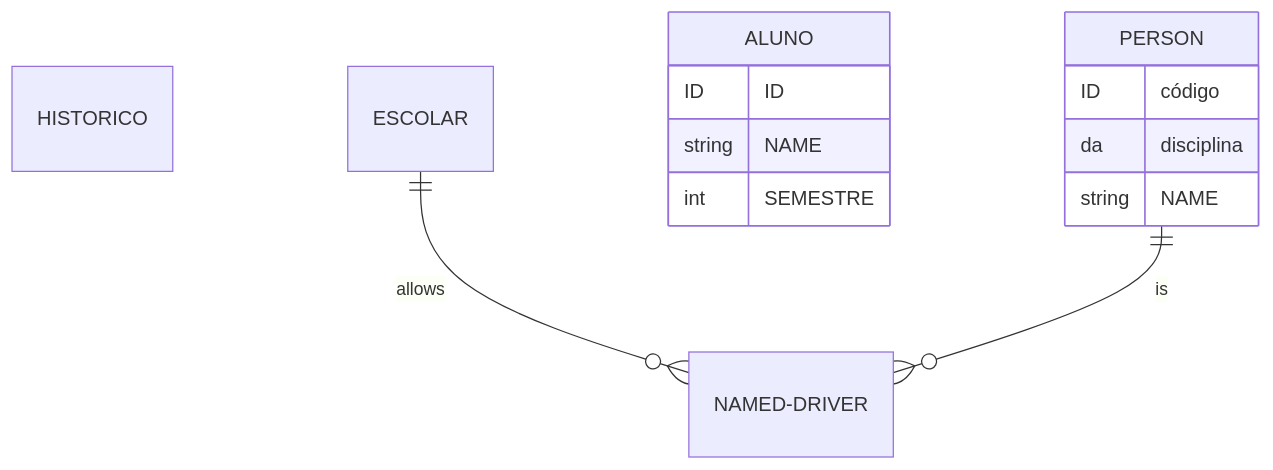
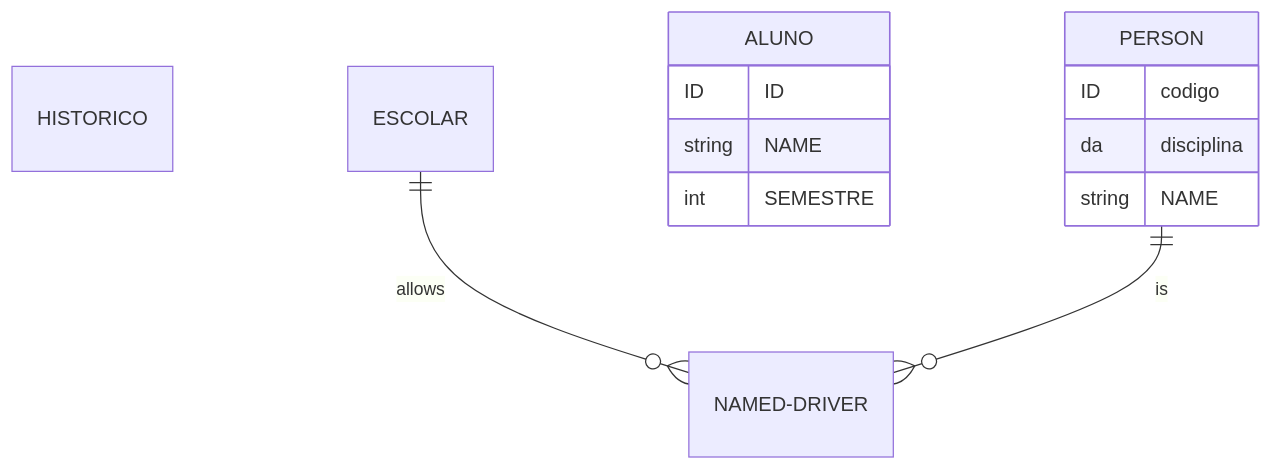
Before and after one commit to NeonBrasil/BancoDeDados: the diagram in README.md, drawn with Mermaid.

Commit message:
remoção de caracteres não reconhecidos

````diff
--- a/README.md
+++ b/README.md
@@ -6,14 +6,14 @@
 ``` mermaid
 erDiagram
     HISTORICO ESCOLAR ||--o{ NAMED-DRIVER : allows
     ALUNO {
         ID ID
         string NAME
         int SEMESTRE
     }
     PERSON ||--o{ NAMED-DRIVER : is
     PERSON {
-        ID código da disciplina
+        ID codigo da disciplina
         string NAME
     }
 ```
````
